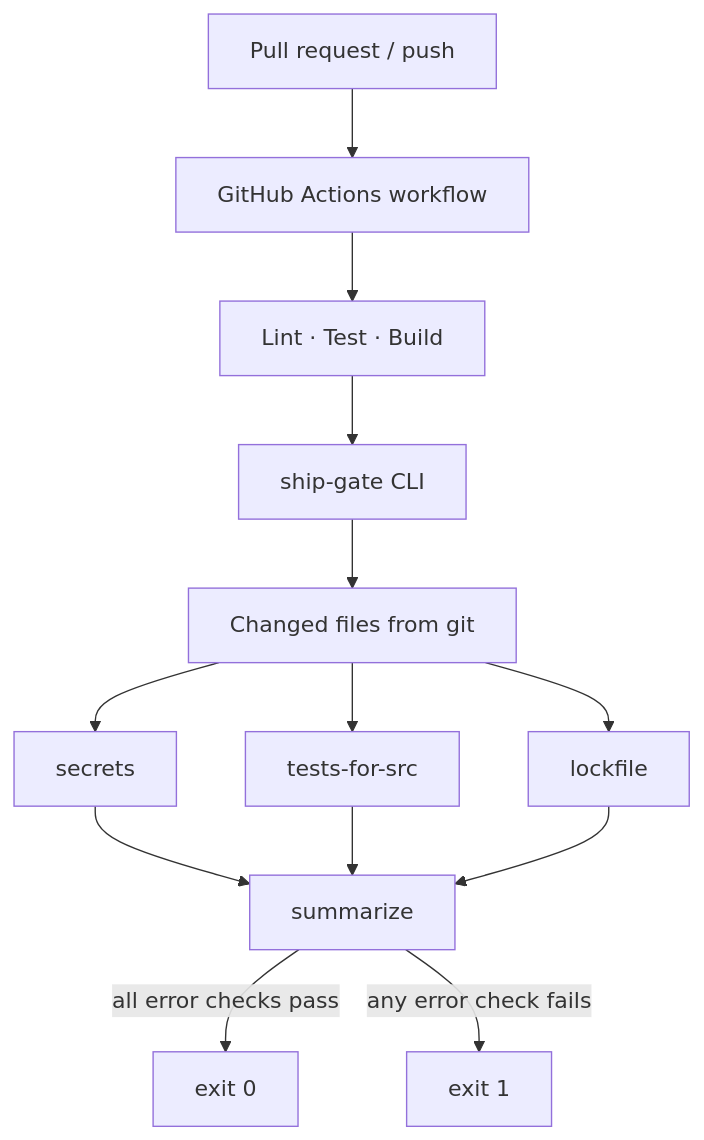
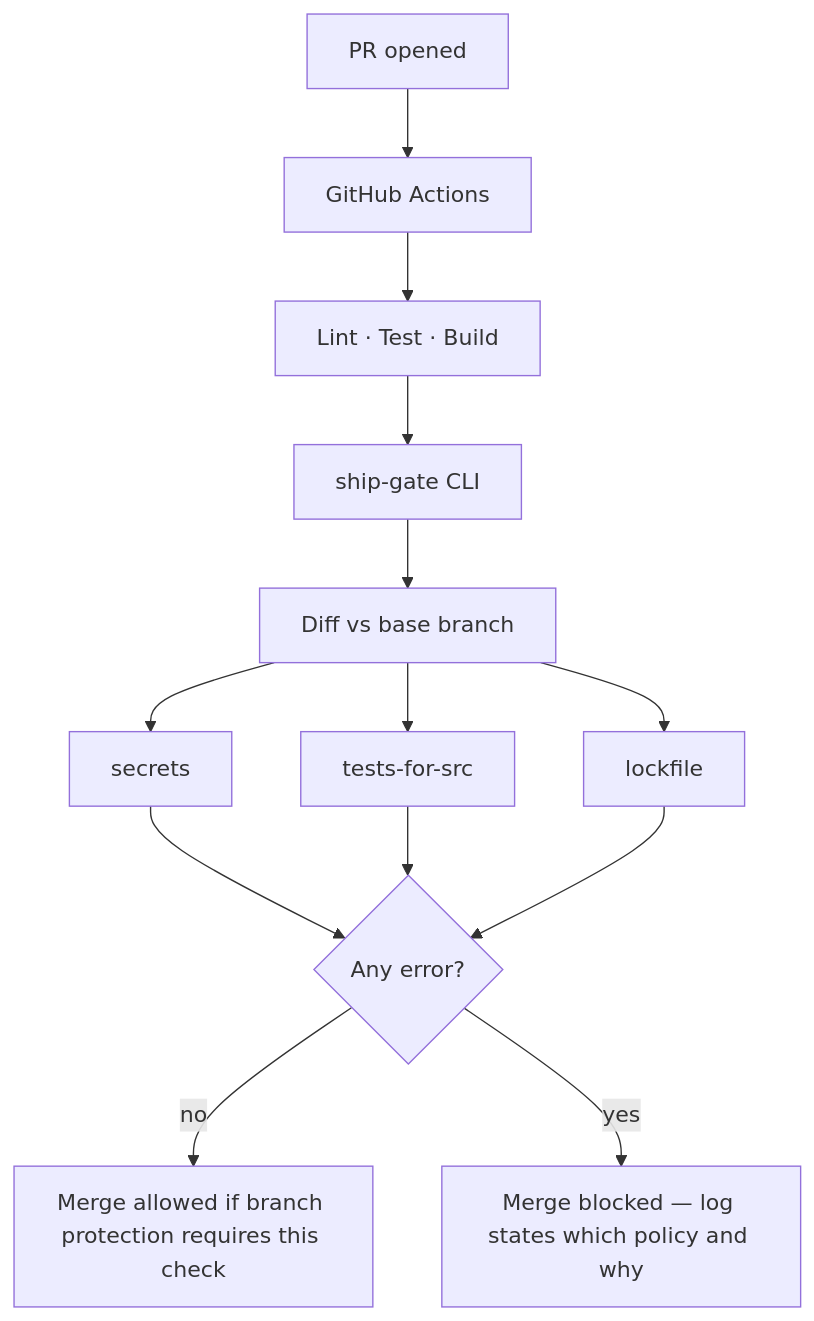
One commit to rl000a/ship-gate changed the diagram in README.md. Above: the diagram before and after it, drawn with Mermaid. The commit also changed other lines of this file, not shown here.

````diff
--- a/README.md
+++ b/README.md
@@ -102,15 +127,15 @@
 ```mermaid
 flowchart TD
-  PR[Pull request / push] --> WF[GitHub Actions workflow]
-  WF --> LT[Lint · Test · Build]
-  LT --> CLI[ship-gate CLI]
-  CLI --> DIFF[Changed files from git]
-  DIFF --> C1[secrets]
-  DIFF --> C2[tests-for-src]
-  DIFF --> C3[lockfile]
-  C1 --> SUM[summarize]
-  C2 --> SUM
-  C3 --> SUM
-  SUM -->|all error checks pass| OK[exit 0]
-  SUM -->|any error check fails| NO[exit 1]
+  A[PR opened] --> B[GitHub Actions]
+  B --> C[Lint · Test · Build]
+  C --> D[ship-gate CLI]
+  D --> E[Diff vs base branch]
+  E --> F[secrets]
+  E --> G[tests-for-src]
+  E --> H[lockfile]
+  F --> I{Any error?}
+  G --> I
+  H --> I
+  I -->|no| J[Merge allowed if branch protection requires this check]
+  I -->|yes| K[Merge blocked — log states which policy and why]
 ```
````
